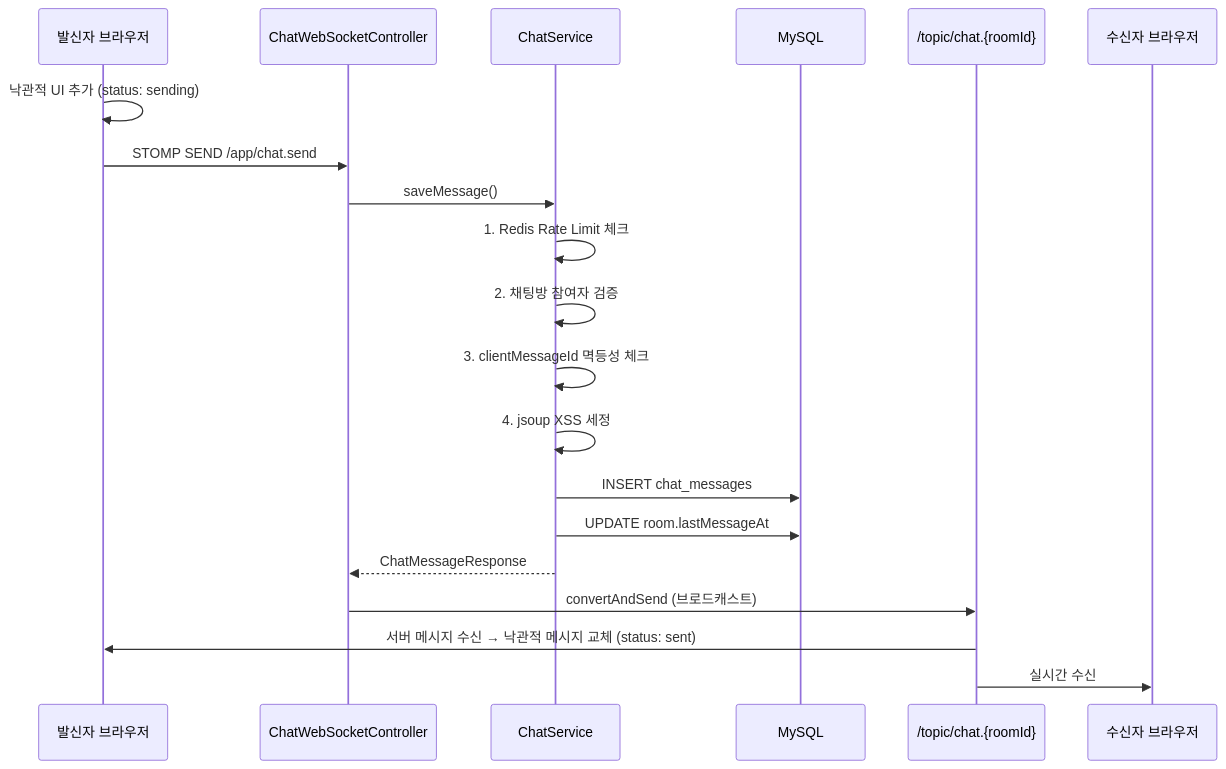
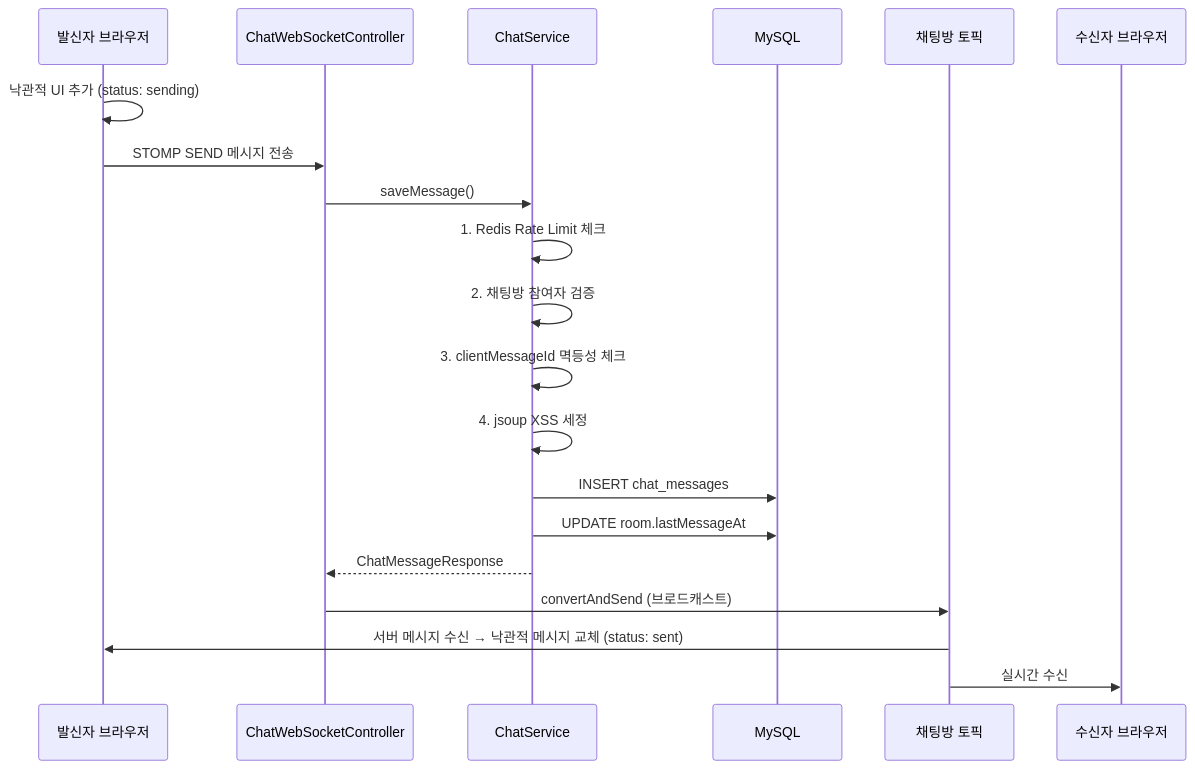
The first of 8 diagrams in architecture/chat-domain.md (cherry-market/cherry-architecture), drawn with Mermaid before and after one commit. The commit also changed other lines of this file and 6 other files, not shown here.

````diff
--- a/architecture/chat-domain.md
+++ b/architecture/chat-domain.md
@@ -71,23 +71,23 @@
 ```mermaid
 sequenceDiagram
     participant S as 발신자 브라우저
     participant WS as ChatWebSocketController
     participant SVC as ChatService
     participant DB as MySQL
-    participant T as /topic/chat.{roomId}
+    participant T as 채팅방 토픽
     participant R as 수신자 브라우저
 
     S->>S: 낙관적 UI 추가 (status: sending)
-    S->>WS: STOMP SEND /app/chat.send
+    S->>WS: STOMP SEND 메시지 전송
     WS->>SVC: saveMessage()
     SVC->>SVC: 1. Redis Rate Limit 체크
     SVC->>SVC: 2. 채팅방 참여자 검증
     SVC->>SVC: 3. clientMessageId 멱등성 체크
     SVC->>SVC: 4. jsoup XSS 세정
     SVC->>DB: INSERT chat_messages
     SVC->>DB: UPDATE room.lastMessageAt
     SVC-->>WS: ChatMessageResponse
     WS->>T: convertAndSend (브로드캐스트)
     T->>S: 서버 메시지 수신 → 낙관적 메시지 교체 (status: sent)
     T->>R: 실시간 수신
 ```
````
